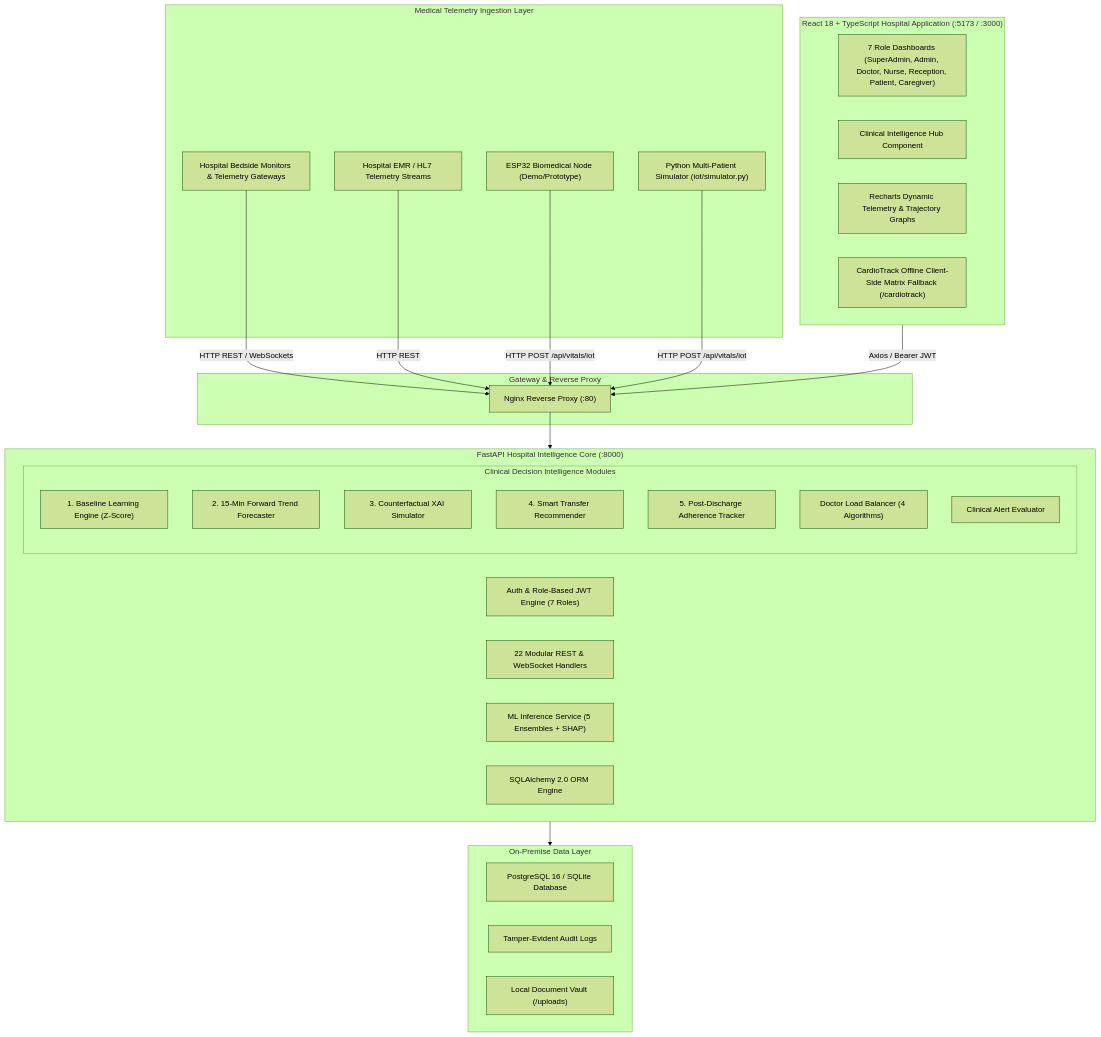
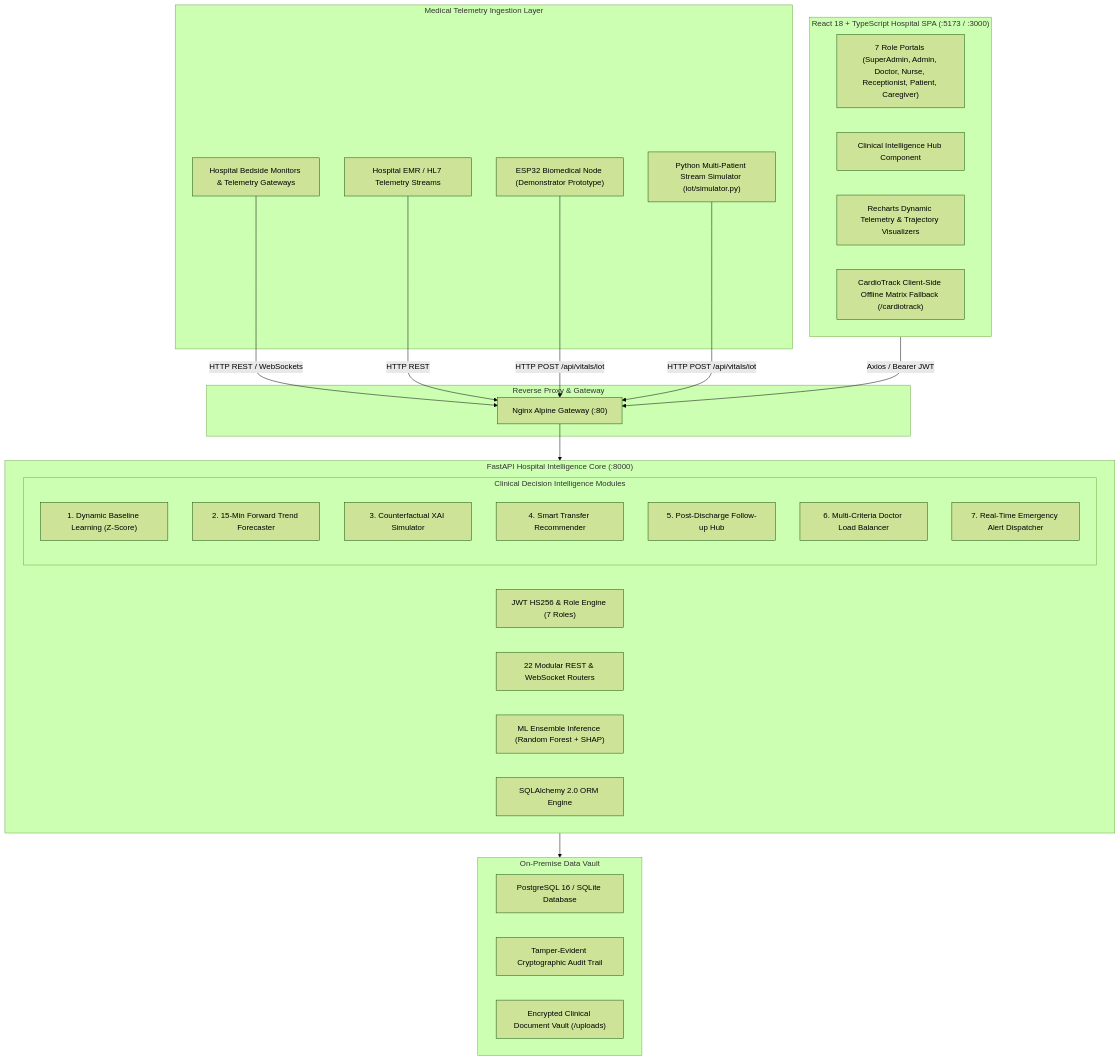
One commit to Karthickraja-m05/AI-Powered-Smart-Cardiac-Patient-Monitoring changed the diagram in README.md. Above: the diagram before and after it, drawn with Mermaid (forest theme). The commit also changed other lines of this file and 1 other file, not shown here.

````diff
--- a/README.md
+++ b/README.md
@@ -131,52 +188,52 @@
 ```mermaid
 flowchart TB
     subgraph Data_Ingestion["Medical Telemetry Ingestion Layer"]
         HOSP["Hospital Bedside Monitors & Telemetry Gateways"]
         EMR_FEED["Hospital EMR / HL7 Telemetry Streams"]
-        IOT_PROTO["ESP32 Biomedical Node (Demo/Prototype)"]
-        SIM["Python Multi-Patient Simulator (iot/simulator.py)"]
+        IOT_PROTO["ESP32 Biomedical Node (Demonstrator Prototype)"]
+        SIM["Python Multi-Patient Stream Simulator (iot/simulator.py)"]
     end
 
-    subgraph Gateway_Proxy["Gateway & Reverse Proxy"]
-        NGINX["Nginx Reverse Proxy (:80)"]
+    subgraph Gateway_Proxy["Reverse Proxy & Gateway"]
+        NGINX["Nginx Alpine Gateway (:80)"]
     end
 
     subgraph Backend_App["FastAPI Hospital Intelligence Core (:8000)"]
-        AUTH["Auth & Role-Based JWT Engine (7 Roles)"]
-        ROUTERS["22 Modular REST & WebSocket Handlers"]
+        AUTH["JWT HS256 & Role Engine (7 Roles)"]
+        ROUTERS["22 Modular REST & WebSocket Routers"]
         
         subgraph Intelligence_Engines["Clinical Decision Intelligence Modules"]
-            BASE_ENG["1. Baseline Learning Engine (Z-Score)"]
+            BASE_ENG["1. Dynamic Baseline Learning (Z-Score)"]
             FC_ENG["2. 15-Min Forward Trend Forecaster"]
             CF_ENG["3. Counterfactual XAI Simulator"]
             XFER_ENG["4. Smart Transfer Recommender"]
-            DISC_ENG["5. Post-Discharge Adherence Tracker"]
-            LB_ENG["Doctor Load Balancer (4 Algorithms)"]
-            ALERT_ENG["Clinical Alert Evaluator"]
+            DISC_ENG["5. Post-Discharge Follow-up Hub"]
+            LB_ENG["6. Multi-Criteria Doctor Load Balancer"]
+            ALERT_ENG["7. Real-Time Emergency Alert Dispatcher"]
         end
         
-        ML_SERV["ML Inference Service (5 Ensembles + SHAP)"]
+        ML_SERV["ML Ensemble Inference (Random Forest + SHAP)"]
         DB_ORM["SQLAlchemy 2.0 ORM Engine"]
     end
 
-    subgraph Storage_Layer["On-Premise Data Layer"]
+    subgraph Storage_Layer["On-Premise Data Vault"]
         PG["PostgreSQL 16 / SQLite Database"]
-        AUDIT_STORE["Tamper-Evident Audit Logs"]
-        FILES["Local Document Vault (/uploads)"]
+        AUDIT_STORE["Tamper-Evident Cryptographic Audit Trail"]
+        FILES["Encrypted Clinical Document Vault (/uploads)"]
     end
 
-    subgraph Frontend_App["React 18 + TypeScript Hospital Application (:5173 / :3000)"]
-        PORTALS["7 Role Dashboards (SuperAdmin, Admin, Doctor, Nurse, Reception, Patient, Caregiver)"]
+    subgraph Frontend_App["React 18 + TypeScript Hospital SPA (:5173 / :3000)"]
+        PORTALS["7 Role Portals (SuperAdmin, Admin, Doctor, Nurse, Receptionist, Patient, Caregiver)"]
         INTEL_HUB["Clinical Intelligence Hub Component"]
-        CHARTS["Recharts Dynamic Telemetry & Trajectory Graphs"]
-        OFFLINE["CardioTrack Offline Client-Side Matrix Fallback (/cardiotrack)"]
+        CHARTS["Recharts Dynamic Telemetry & Trajectory Visualizers"]
+        OFFLINE["CardioTrack Client-Side Offline Matrix Fallback (/cardiotrack)"]
     end
 
     HOSP -- "HTTP REST / WebSockets" --> NGINX
     EMR_FEED -- "HTTP REST" --> NGINX
     IOT_PROTO -- "HTTP POST /api/vitals/iot" --> NGINX
     SIM -- "HTTP POST /api/vitals/iot" --> NGINX
     NGINX --> Backend_App
     Backend_App --> Storage_Layer
     Frontend_App -- "Axios / Bearer JWT" --> NGINX
 ```
````
